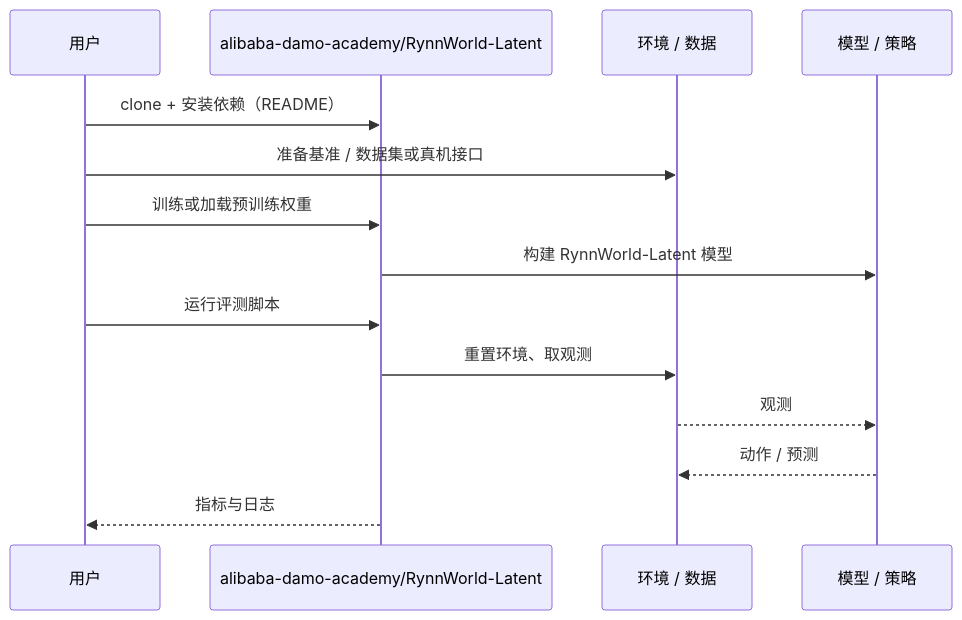
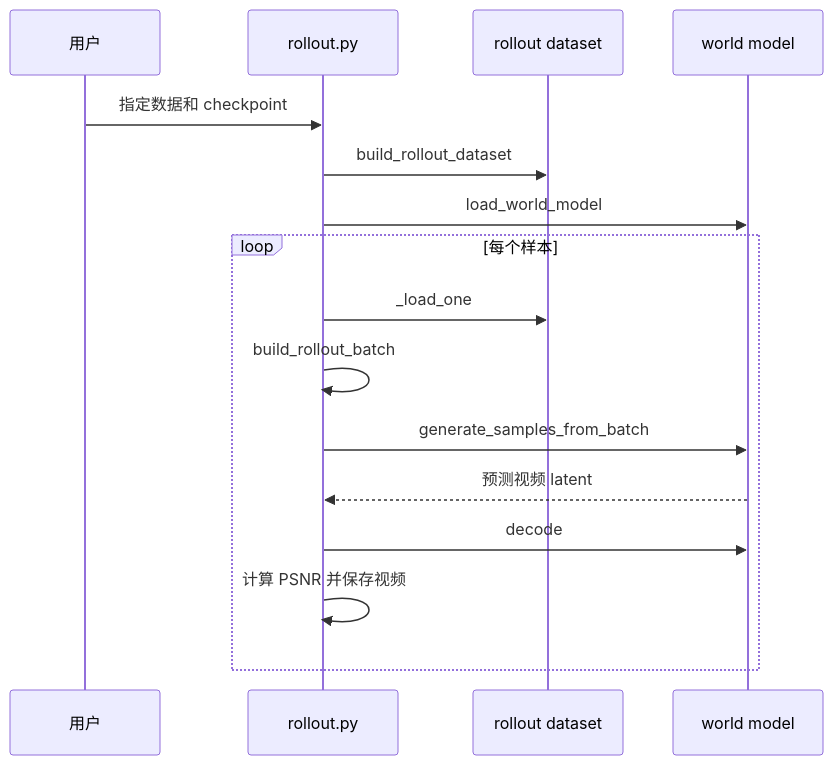
Before and after one commit to ImChong/Robotics_Notebooks: the second of 2 diagrams in wiki/entities/paper-rynnworld-latent.md, drawn with Mermaid. The commit also changed other lines of this file, not shown here.

Commit message:
[2026-11-02] ingest | wiki/entities/paper-rynnworld-latent.md — 补充论文机制与源码入口

````diff
--- a/wiki/entities/paper-rynnworld-latent.md
+++ b/wiki/entities/paper-rynnworld-latent.md
@@ -60,16 +70,18 @@
 ```mermaid
 sequenceDiagram
   participant U as 用户
-  participant R as alibaba-damo-academy/RynnWorld-Latent
-  participant E as 环境 / 数据
-  participant M as 模型 / 策略
-  U->>R: clone + 安装依赖（README）
-  U->>E: 准备基准 / 数据集或真机接口
-  U->>R: 训练或加载预训练权重
-  R->>M: 构建 RynnWorld-Latent 模型
-  U->>R: 运行评测脚本
-  R->>E: 重置环境、取观测
-  E-->>M: 观测
-  M-->>E: 动作 / 预测
-  R-->>U: 指标与日志
+  participant R as rollout.py
+  participant D as rollout dataset
+  participant M as world model
+  U->>R: 指定数据和 checkpoint
+  R->>D: build_rollout_dataset
+  R->>M: load_world_model
+  loop 每个样本
+    R->>D: _load_one
+    R->>R: build_rollout_batch
+    R->>M: generate_samples_from_batch
+    M-->>R: 预测视频 latent
+    R->>M: decode
+    R->>R: 计算 PSNR 并保存视频
+  end
 ```
````
